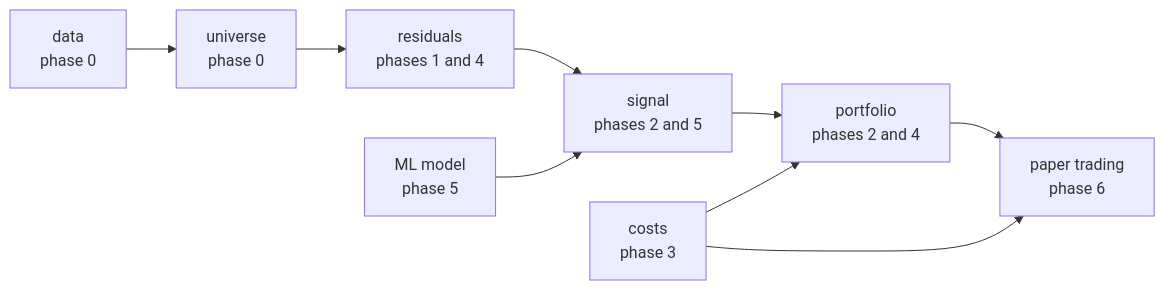
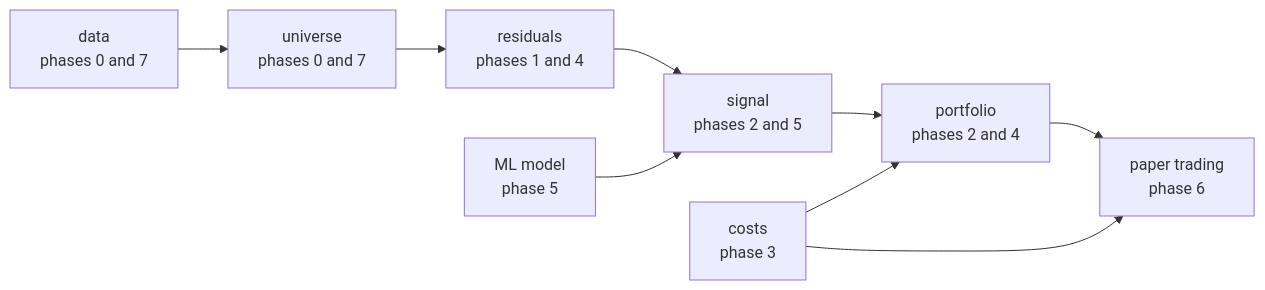
Before and after one commit to tcrossland/stat-arb-from-scratch: the diagram in docs/overview.md, drawn with Mermaid. The commit also changed other lines of this file and 7 other files, not shown here.

````diff
--- a/docs/overview.md
+++ b/docs/overview.md
@@ -5,7 +5,7 @@
 ```mermaid
 flowchart LR
-    D["data<br/>phase 0"] --> U["universe<br/>phase 0"] --> R["residuals<br/>phases 1 and 4"] --> S["signal<br/>phases 2 and 5"] --> P["portfolio<br/>phases 2 and 4"] --> T["paper trading<br/>phase 6"]
+    D["data<br/>phases 0 and 7"] --> U["universe<br/>phases 0 and 7"] --> R["residuals<br/>phases 1 and 4"] --> S["signal<br/>phases 2 and 5"] --> P["portfolio<br/>phases 2 and 4"] --> T["paper trading<br/>phase 6"]
     C["costs<br/>phase 3"] --> P
     C --> T
     M["ML model<br/>phase 5"] --> S
 ```
````
